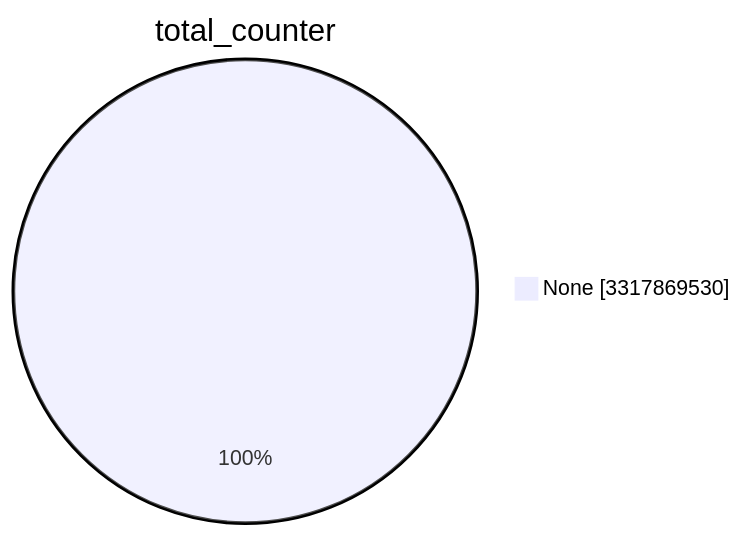
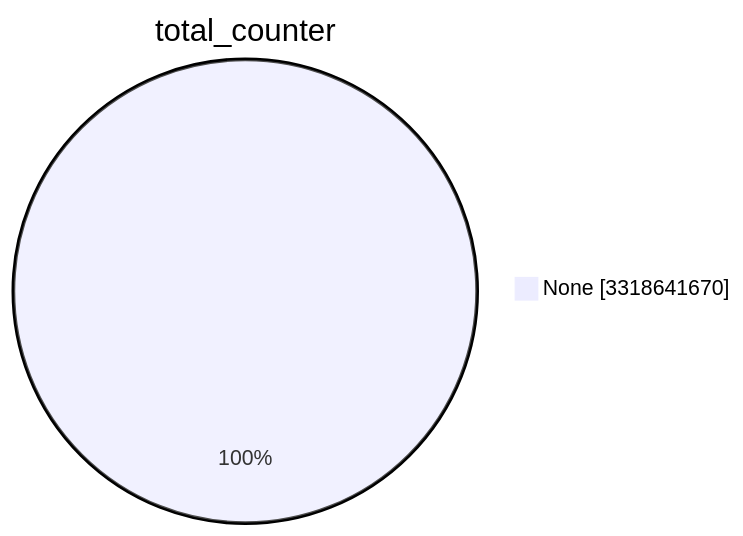
Before and after one commit to christiankrug/ctmonitor_visualization: the first of 15 diagrams in TOTAL/README.md, drawn with Mermaid. The commit also changed other lines of this file, not shown here.

````diff
--- a/TOTAL/README.md
+++ b/TOTAL/README.md
@@ -1,5 +1,5 @@
 ```mermaid
 pie showData
 title total_counter
-"None" :3317869530
+"None" :3318641670
 ```
````
